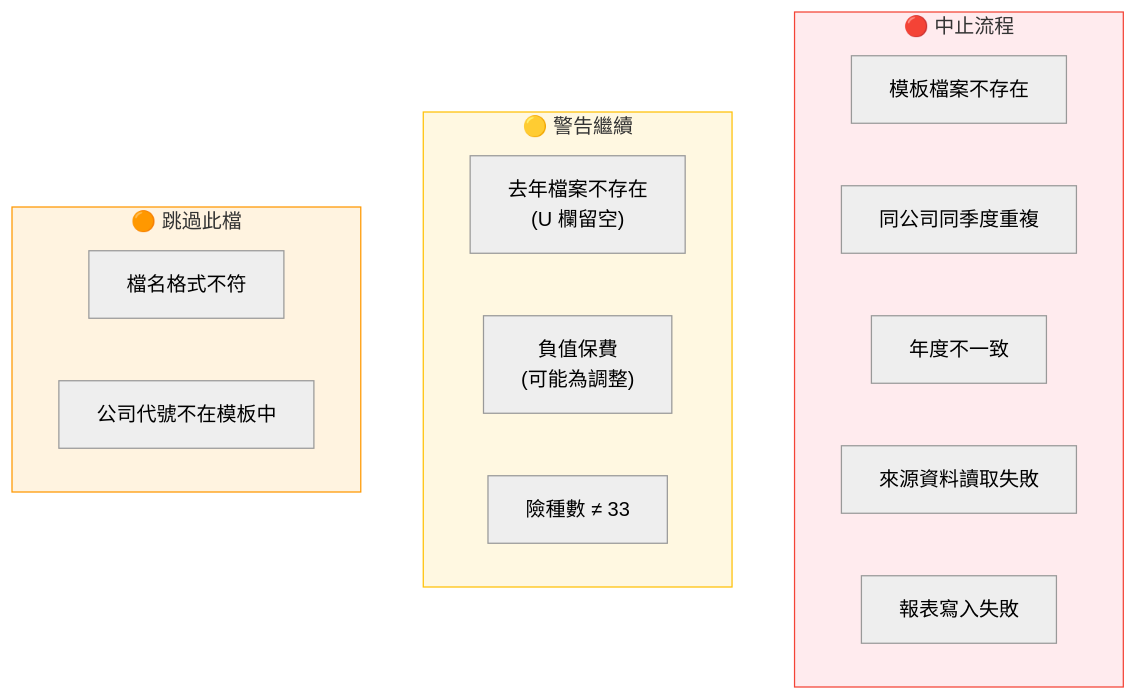
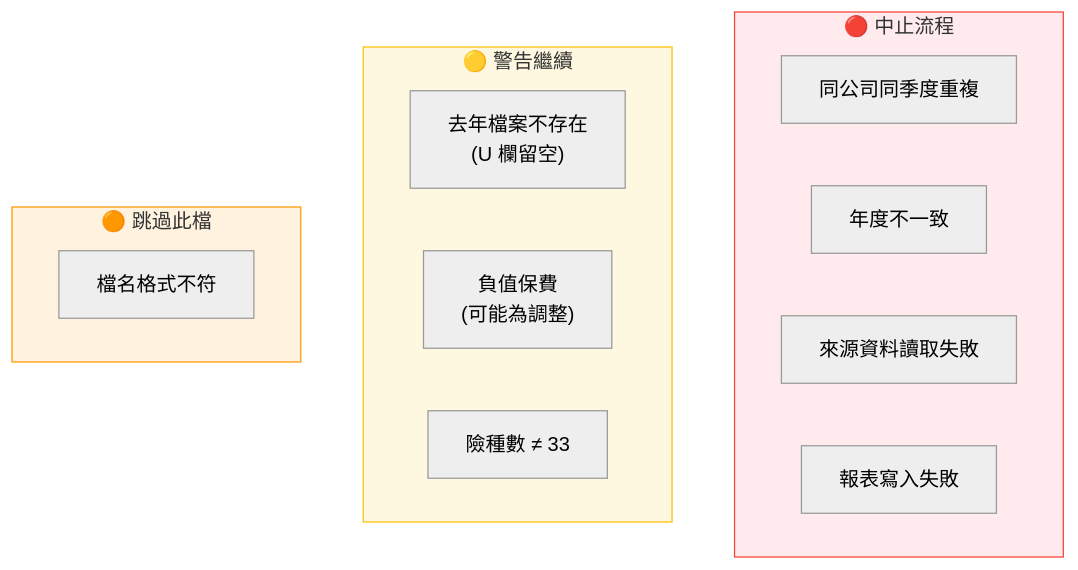
Before and after one commit to seawaterfoods/retained-premium-report-transformer: the diagram in docs/09-錯誤處理與日誌.md, drawn with Mermaid (neutral theme). The commit also changed other lines of this file and 11 other files, not shown here.

````diff
--- a/docs/09-錯誤處理與日誌.md
+++ b/docs/09-錯誤處理與日誌.md
@@ -9,25 +9,23 @@
 ```mermaid
 graph TD
     subgraph FATAL["🔴 中止流程"]
-        E1["模板檔案不存在"]
         E2["同公司同季度重複"]
         E3["年度不一致"]
         E4["來源資料讀取失敗"]
         E5["報表寫入失敗"]
     end
 
     subgraph WARN["🟡 警告繼續"]
         W1["去年檔案不存在<br/>(U 欄留空)"]
         W2["負值保費<br/>(可能為調整)"]
         W3["險種數 ≠ 33"]
     end
 
     subgraph SKIP["🟠 跳過此檔"]
         S1["檔名格式不符"]
-        S2["公司代號不在模板中"]
     end
 
     style FATAL fill:#ffebee,stroke:#f44336
     style WARN fill:#fff8e1,stroke:#ffc107
     style SKIP fill:#fff3e0,stroke:#ff9800
 ```
````
